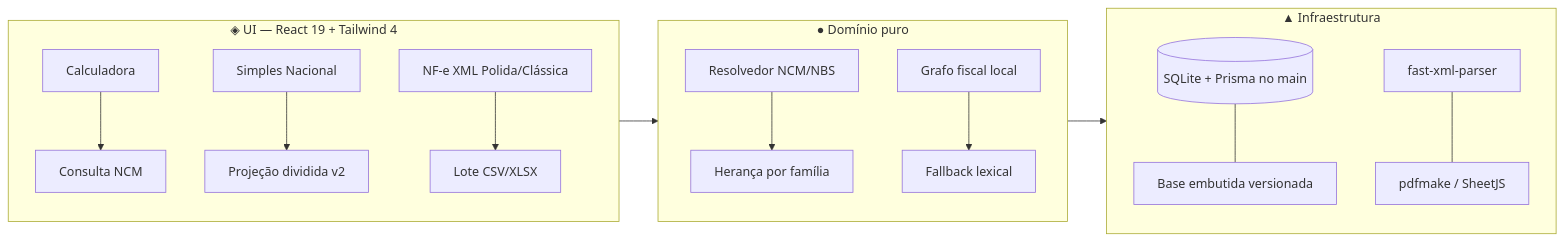
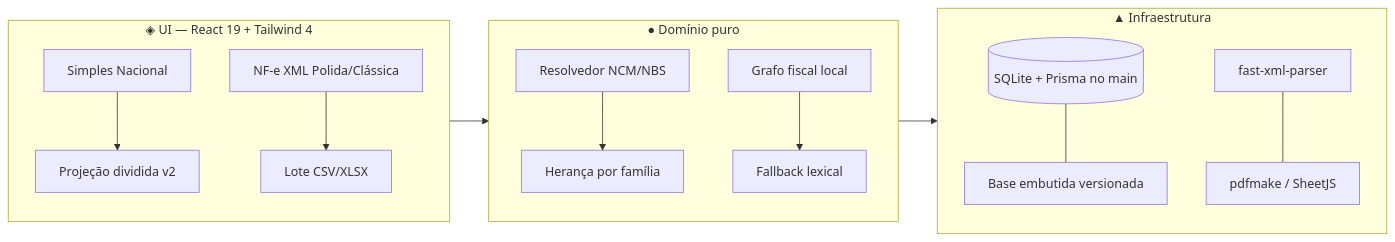
One commit to Davidev29/aurum-tax-ncm changed the diagram in README.md. Above: the diagram before and after it, drawn with Mermaid. The commit also changed other lines of this file and 11 other files, not shown here.

````diff
--- a/README.md
+++ b/README.md
@@ -55,17 +55,16 @@
 ```mermaid
 flowchart LR
     subgraph UI["◈ UI — React 19 + Tailwind 4"]
-        A[Calculadora] --> C[Consulta NCM]
         S[Simples Nacional] --> P[Projeção dividida v2]
         N[NF-e XML Polida/Clássica] --> L[Lote CSV/XLSX]
     end
     subgraph DOM["● Domínio puro"]
         R[Resolvedor NCM/NBS] --> H[Herança por família]
         G[Grafo fiscal local] --> F[Fallback lexical]
     end
     subgraph INF["▲ Infraestrutura"]
         D[(SQLite + Prisma no main)] --- B[Base embutida versionada]
         X[fast-xml-parser] --- E[pdfmake / SheetJS]
     end
     UI --> DOM --> INF
 ```
````
